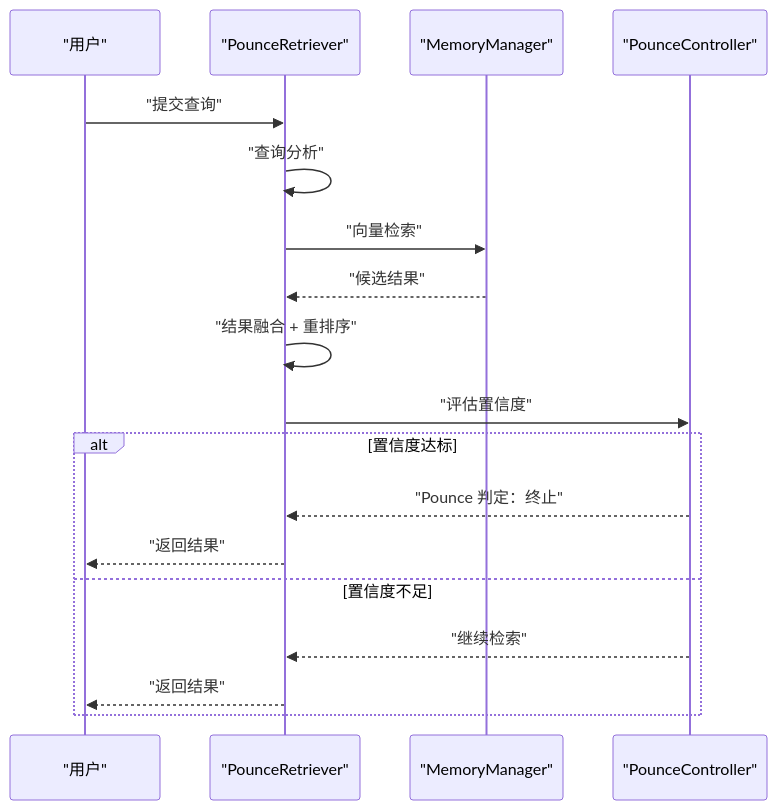
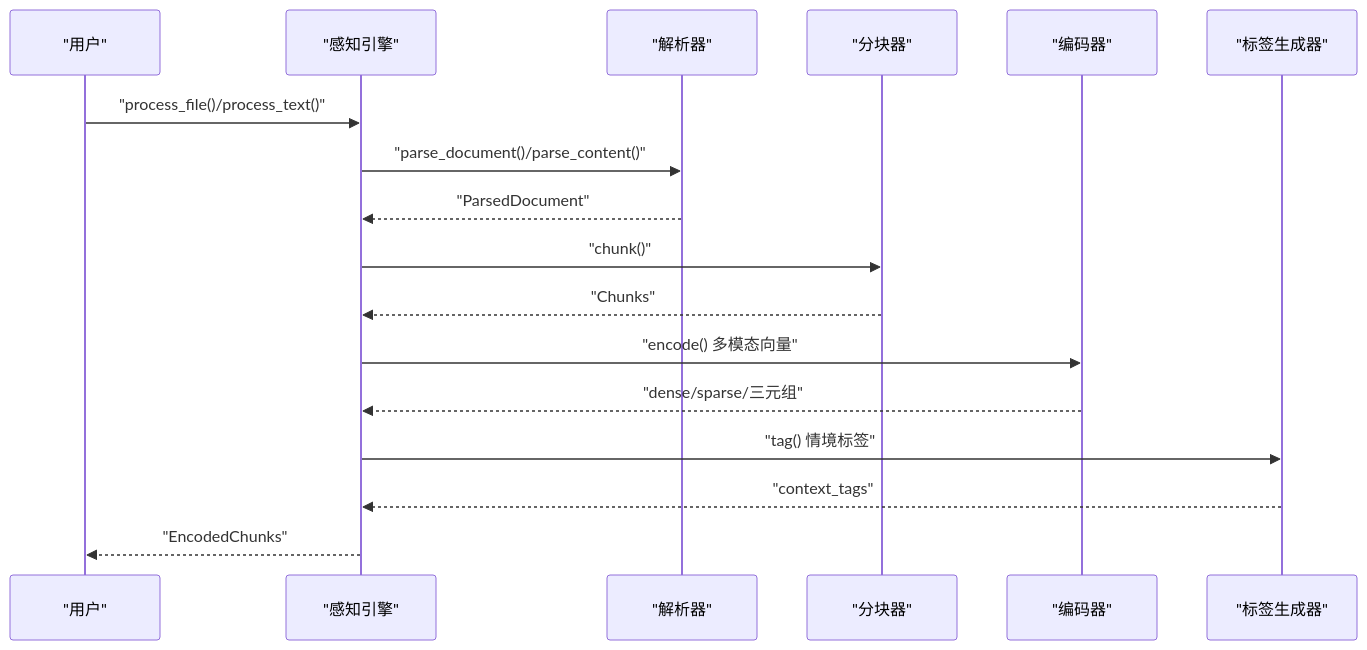
One commit to JieGaoPrinceton/NecoRAG changed the third of 10 diagrams in .qoder/repowiki/zh/content/项目概述/项目概述.md. Above: the diagram before and after it, drawn with Mermaid. The commit also changed other lines of this file and 76 other files, not shown here.

````diff
--- a/.qoder/repowiki/zh/content/项目概述/项目概述.md
+++ b/.qoder/repowiki/zh/content/项目概述/项目概述.md
@@ -190,20 +143,19 @@
 ```mermaid
 sequenceDiagram
 participant U as "用户"
-participant PR as "PounceRetriever"
-participant MC as "MemoryManager"
-participant PC as "PounceController"
-U->>PR : "提交查询"
-PR->>PR : "查询分析"
-PR->>MC : "向量检索"
-MC-->>PR : "候选结果"
-PR->>PR : "结果融合 + 重排序"
-PR->>PC : "评估置信度"
-alt 置信度达标
-PC-->>PR : "Pounce 判定：终止"
-PR-->>U : "返回结果"
-else 置信度不足
-PC-->>PR : "继续检索"
-PR-->>U : "返回结果"
-end
+participant PE as "感知引擎"
+participant P as "解析器"
+participant C as "分块器"
+participant E as "编码器"
+participant T as "标签生成器"
+U->>PE : "process_file()/process_text()"
+PE->>P : "parse_document()/parse_content()"
+P-->>PE : "ParsedDocument"
+PE->>C : "chunk()"
+C-->>PE : "Chunks"
+PE->>E : "encode() 多模态向量"
+E-->>PE : "dense/sparse/三元组"
+PE->>T : "tag() 情境标签"
+T-->>PE : "context_tags"
+PE-->>U : "EncodedChunks"
 ```
````
